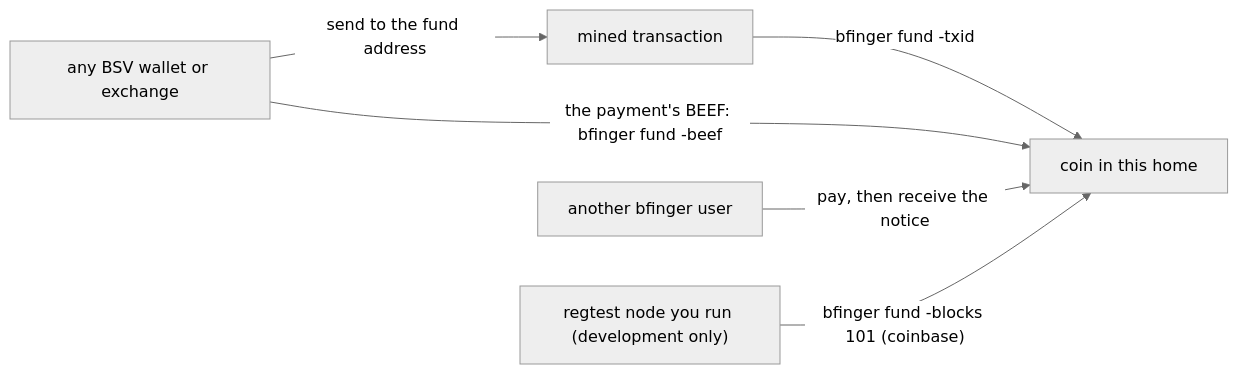
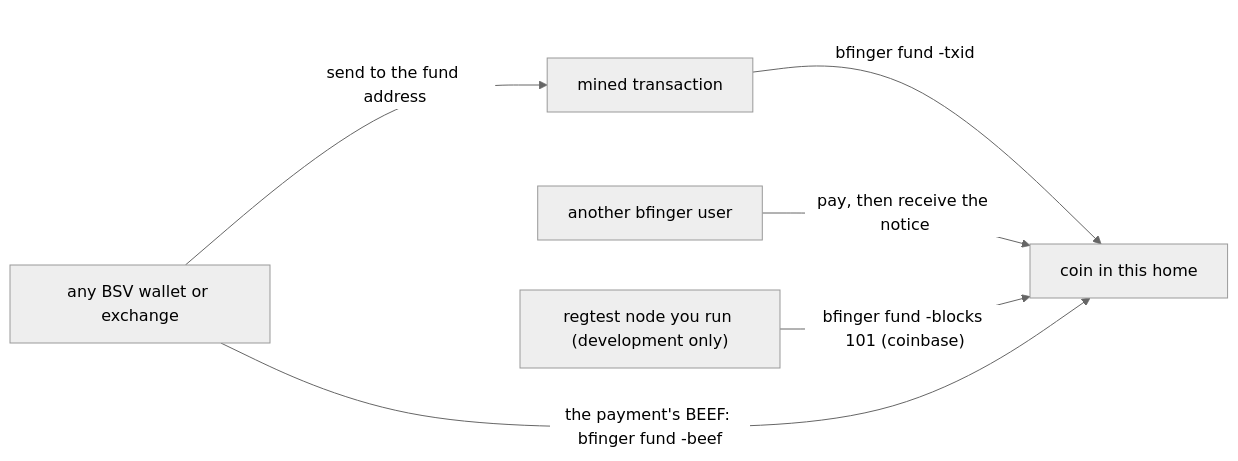
Before and after one commit to lightwebinc/bfinger: the fifth of 5 diagrams in docs/user-guide.md, drawn with Mermaid (neutral theme). The commit also changed other lines of this file and 9 other files, not shown here.

First line of the commit message:
[Fix] diagrams: a spacer where the viewer's controls land

````diff
--- a/docs/user-guide.md
+++ b/docs/user-guide.md
@@ -460,8 +470,13 @@
 ```mermaid
 flowchart LR
   W["any BSV wallet or exchange"] -->|"send to the fund address"| T["mined transaction"]
   T -->|"bfinger fund -txid"| H["coin in this home"]
   W -->|"the payment's BEEF: bfinger fund -beef"| H
   P["another bfinger user"] -->|"pay, then receive the notice"| H
   N["regtest node you run (development only)"] -->|"bfinger fund -blocks 101 (coinbase)"| H
+  %% The last node is an invisible spacer in the rightmost rank: the rendered
+  %% viewer places its zoom and pan controls over the bottom-right corner.
+  T ~~~ pad
+  pad["&nbsp;<br/>&nbsp;<br/>&nbsp;<br/>&nbsp;<br/>&nbsp;"]:::pad
+  classDef pad fill:none,stroke:none,color:transparent
 ```
````
